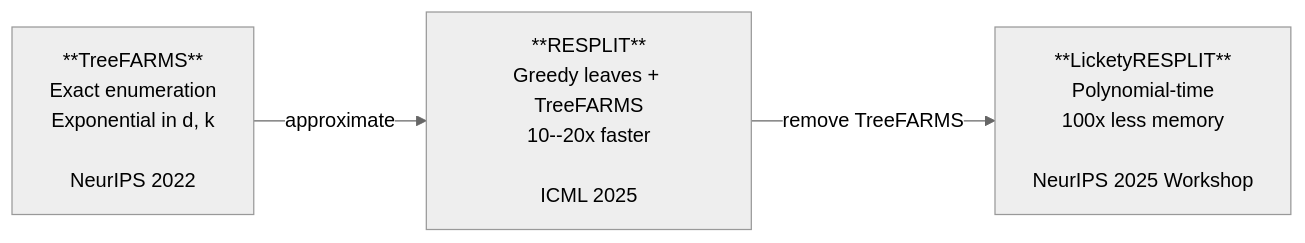
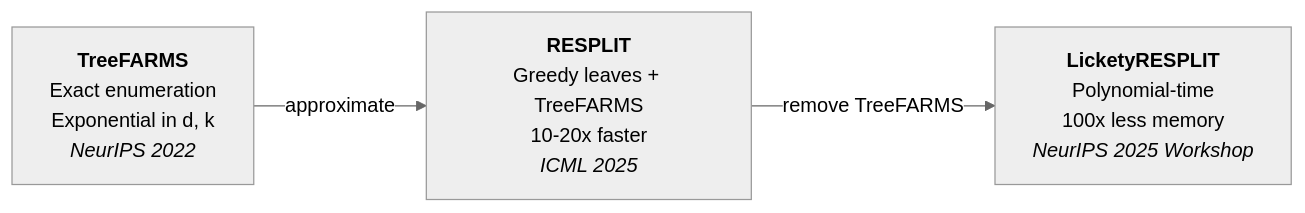
Before and after one commit to xRyann2255/ML-GS: the diagram in vol-learning-guide/markdown/ch12-rashomon-interpretable-trees.md, drawn with Mermaid (neutral theme). The commit also changed other lines of this file and 19 other files, not shown here.

````diff
--- a/vol-learning-guide/markdown/ch12-rashomon-interpretable-trees.md
+++ b/vol-learning-guide/markdown/ch12-rashomon-interpretable-trees.md
@@ -505,9 +264,8 @@
 ```mermaid
 flowchart LR
-    TF["**TreeFARMS**\nExact enumeration\nExponential in d, k\n\nNeurIPS 2022"]
-    RS["**RESPLIT**\nGreedy leaves + TreeFARMS\n10--20x faster\n\nICML 2025"]
-    LR["**LicketyRESPLIT**\nPolynomial-time\n100x less memory\n\nNeurIPS 2025 Workshop"]
-
-    TF -->|approximate| RS
-    RS -->|remove TreeFARMS| LR
+  tf["<b>TreeFARMS</b><br/>Exact enumeration<br/>Exponential in d, k<br/><i>NeurIPS 2022</i>"]
+  rs["<b>RESPLIT</b><br/>Greedy leaves + TreeFARMS<br/>10-20x faster<br/><i>ICML 2025</i>"]
+  lr["<b>LicketyRESPLIT</b><br/>Polynomial-time<br/>100x less memory<br/><i>NeurIPS 2025 Workshop</i>"]
+  tf -- "approximate" --> rs
+  rs -- "remove TreeFARMS" --> lr
 ```
````
